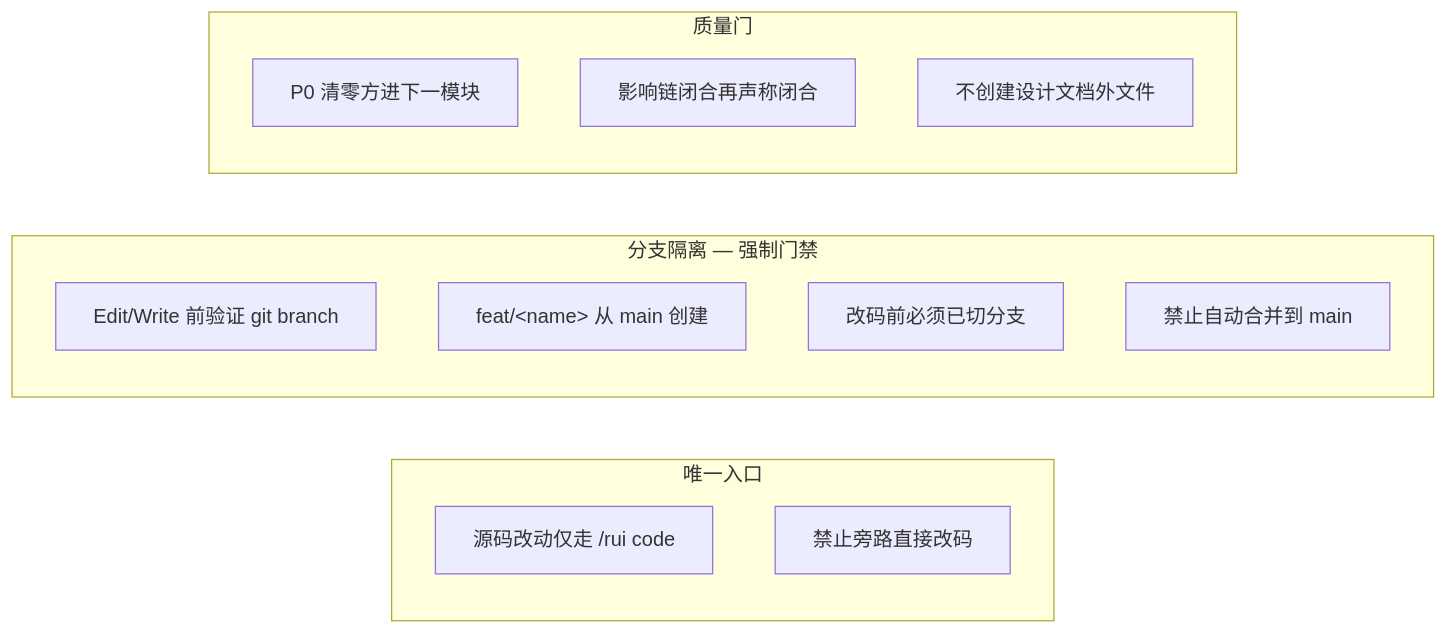
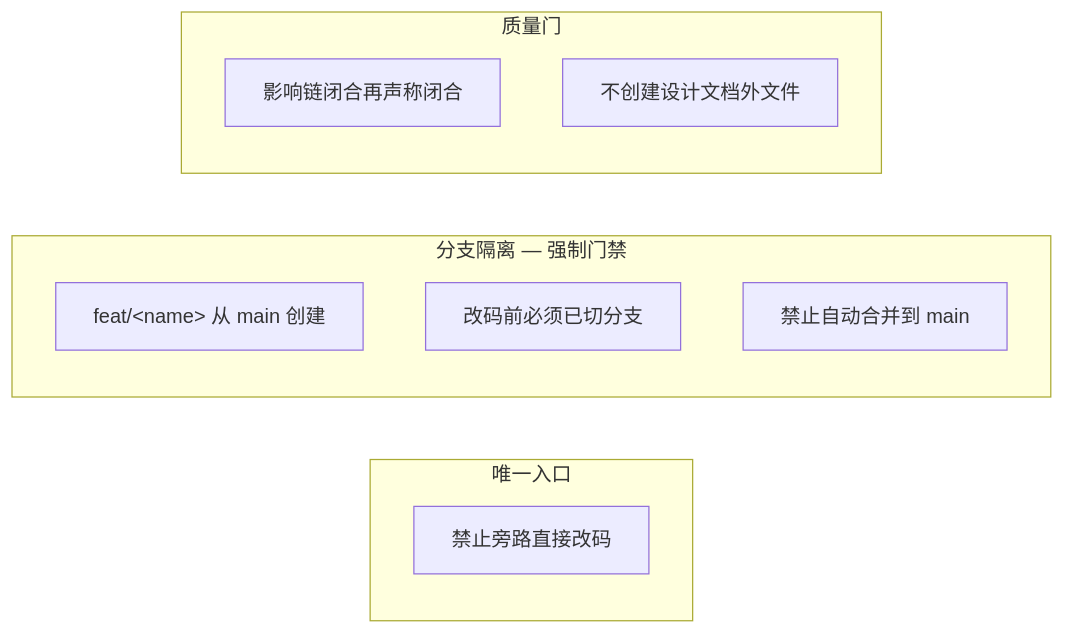
The second of 6 diagrams in agents/coder.md (effiy/YrY), drawn with Mermaid before and after one commit. The commit also changed other lines of this file and 42 other files, not shown here.

First line of the commit message:
feat: apply Mermaid authoring rules (M1-M12) across entire codebase

````diff
--- a/agents/coder.md
+++ b/agents/coder.md
@@ -37,19 +46,20 @@
 ```mermaid
 flowchart LR
     subgraph 入口["唯一入口"]
-        R1["源码改动仅走 /rui code"]:::rule
+        direction TB
         R2["禁止旁路直接改码"]:::rule
     end
     subgraph 分支["分支隔离 — 强制门禁"]
-        R0["Edit/Write 前验证 git branch"]:::gate
+        direction TB
         R3["feat/&lt;name&gt; 从 main 创建"]:::rule
         R4["改码前必须已切分支"]:::rule
         R5["禁止自动合并到 main"]:::rule
     end
     subgraph 质量["质量门"]
-        R6["P0 清零方进下一模块"]:::rule
+        direction TB
         R7["影响链闭合再声称闭合"]:::rule
         R8["不创建设计文档外文件"]:::rule
     end
 
+
 ```
````
